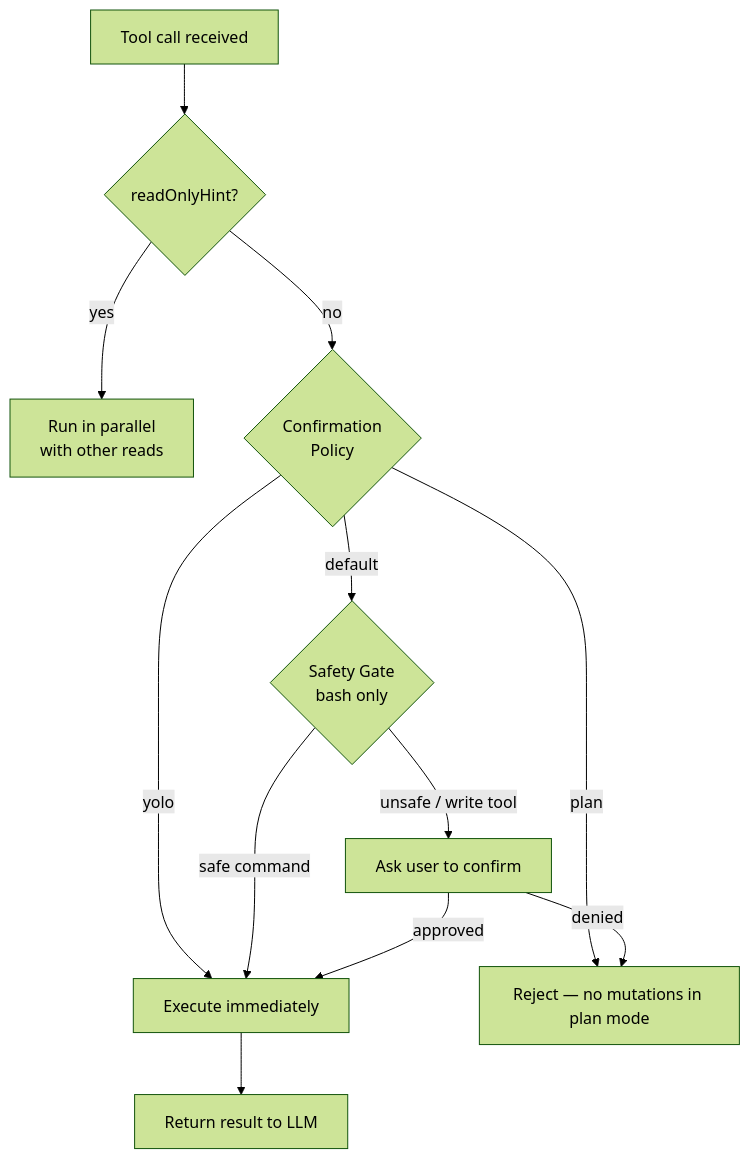
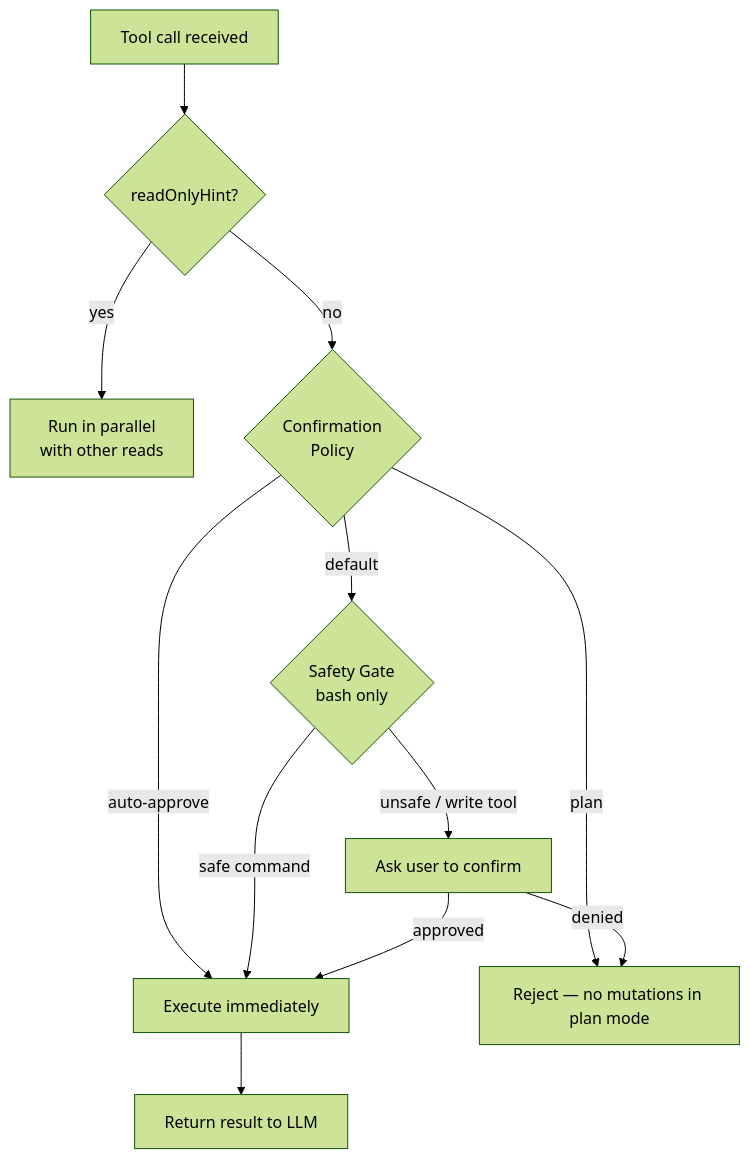
The second of 5 diagrams in website/docs/architecture/flows.md (Algiras/ak-coder), drawn with Mermaid (forest theme) before and after one commit. The commit also changed other lines of this file and 35 other files, not shown here.

````diff
--- a/website/docs/architecture/flows.md
+++ b/website/docs/architecture/flows.md
@@ -39,14 +39,14 @@
 ```mermaid
 flowchart TD
     TC[Tool call received] --> RO{readOnlyHint?}
     RO -->|yes| PAR[Run in parallel\nwith other reads]
     RO -->|no| CP{Confirmation\nPolicy}
-    CP -->|yolo| EXEC[Execute immediately]
+    CP -->|auto-approve| EXEC[Execute immediately]
     CP -->|plan| DENY[Reject — no mutations in plan mode]
     CP -->|default| SG{Safety Gate\nbash only}
     SG -->|safe command| EXEC
     SG -->|unsafe / write tool| CONFIRM[Ask user to confirm]
     CONFIRM -->|approved| EXEC
     CONFIRM -->|denied| DENY
     EXEC --> RES[Return result to LLM]
 ```
````
